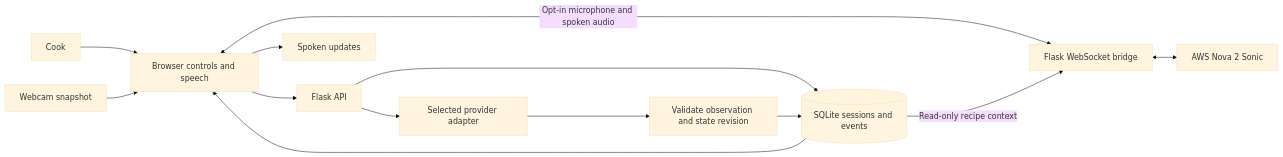
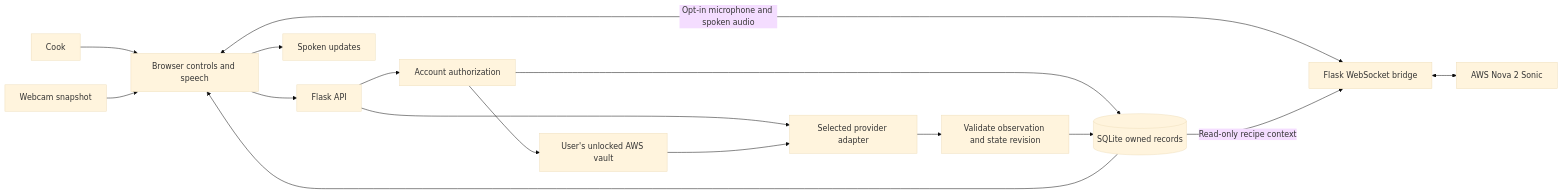
One commit to rachit-j/sous changed the diagram in docs/architecture.md. Above: the diagram before and after it, drawn with Mermaid (base theme). The commit also changed other lines of this file and 19 other files, not shown here.

````diff
--- a/docs/architecture.md
+++ b/docs/architecture.md
@@ -11,15 +22,18 @@
 ```mermaid
 flowchart LR
   Cook --> UI[Browser controls and speech]
   Camera[Webcam snapshot] --> UI
   UI --> API[Flask API]
-  API --> DB[(SQLite sessions and events)]
+  API --> Auth[Account authorization]
+  Auth --> DB[(SQLite owned records)]
+  Auth --> Vault[User's unlocked AWS vault]
   API --> Model[Selected provider adapter]
+  Vault --> Model
   Model --> Check[Validate observation and state revision]
   Check --> DB
   DB --> UI
   UI --> Audio[Spoken updates]
   UI <-->|Opt-in microphone and spoken audio| Voice[Flask WebSocket bridge]
   DB -->|Read-only recipe context| Voice
   Voice <--> Sonic[AWS Nova 2 Sonic]
 ```
````
